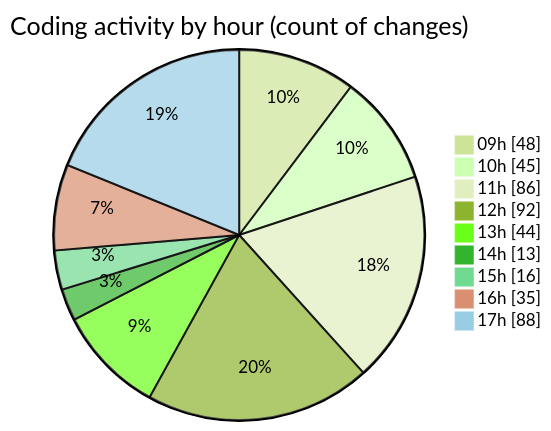
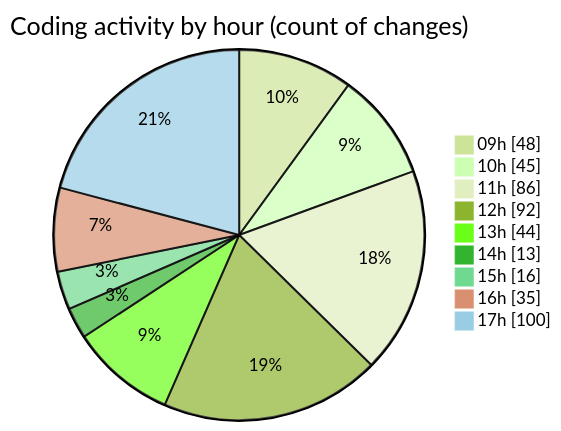
Before and after one commit to momahboobian/code-tracking: the second of 2 diagrams in 2025-03-14/cda/README.md, drawn with Mermaid (forest theme). The commit also changed other lines of this file and 1 other file, not shown here.

````diff
--- a/2025-03-14/cda/README.md
+++ b/2025-03-14/cda/README.md
@@ -51,13 +51,13 @@
 ```mermaid
 pie showData
 title Coding activity by hour (count of changes)
 "09h" : 48
 "10h" : 45
 "11h" : 86
 "12h" : 92
 "13h" : 44
 "14h" : 13
 "15h" : 16
 "16h" : 35
-"17h" : 88
+"17h" : 100
 ```
````
